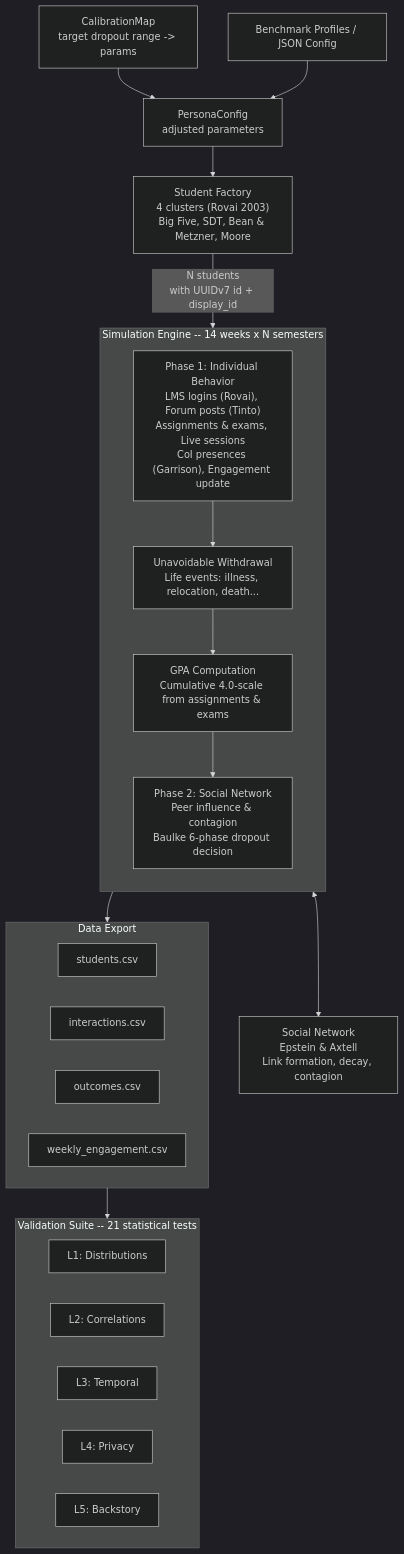
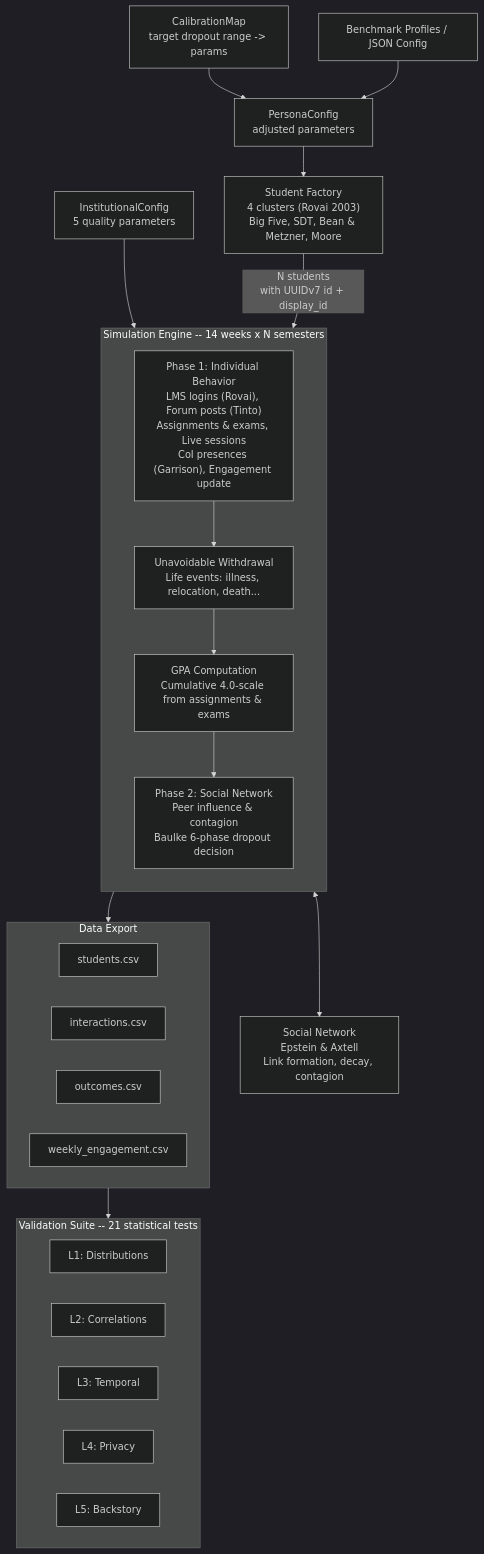
Before and after one commit to theaiagent/SynthEd: the diagram in docs/THEORY.md, drawn with Mermaid (dark theme). The commit also changed other lines of this file and 2 other files, not shown here.

Commit message:
docs: update README, GUIDE, THEORY for v1.0.0 (InstitutionalConfig + NSGA-II)

````diff
--- a/docs/THEORY.md
+++ b/docs/THEORY.md
@@ -18,47 +18,49 @@
 ```mermaid
 flowchart TD
     CM["CalibrationMap\ntarget dropout range -> params"]
     BP["Benchmark Profiles / JSON Config"]
+    IC["InstitutionalConfig\n5 quality parameters"]
     PC["PersonaConfig\nadjusted parameters"]
 
     CM --> PC
     BP --> PC
 
     SF["Student Factory\n4 clusters (Rovai 2003)\nBig Five, SDT, Bean & Metzner, Moore"]
     PC --> SF
+    IC --> engine
 
     SF -->|"N students\nwith UUIDv7 id + display_id"| engine
 
     subgraph engine ["Simulation Engine -- 14 weeks x N semesters"]
         direction TB
         P1["Phase 1: Individual Behavior\nLMS logins (Rovai), Forum posts (Tinto)\nAssignments & exams, Live sessions\nCoI presences (Garrison), Engagement update"]
         UW["Unavoidable Withdrawal\nLife events: illness, relocation, death..."]
         GPA["GPA Computation\nCumulative 4.0-scale from assignments & exams"]
         P2["Phase 2: Social Network\nPeer influence & contagion\nBaulke 6-phase dropout decision"]
         P1 --> UW --> GPA --> P2
     end
 
     SN["Social Network\nEpstein & Axtell\nLink formation, decay, contagion"]
     P2 <--> SN
 
     engine --> EX
 
     subgraph EX ["Data Export"]
         direction LR
         E1["students.csv"]
         E2["interactions.csv"]
         E3["outcomes.csv"]
         E4["weekly_engagement.csv"]
     end
 
     EX --> VAL
 
     subgraph VAL ["Validation Suite -- 21 statistical tests"]
         direction LR
         V1["L1: Distributions"]
         V2["L2: Correlations"]
         V3["L3: Temporal"]
         V4["L4: Privacy"]
         V5["L5: Backstory"]
     end
 ```
````
